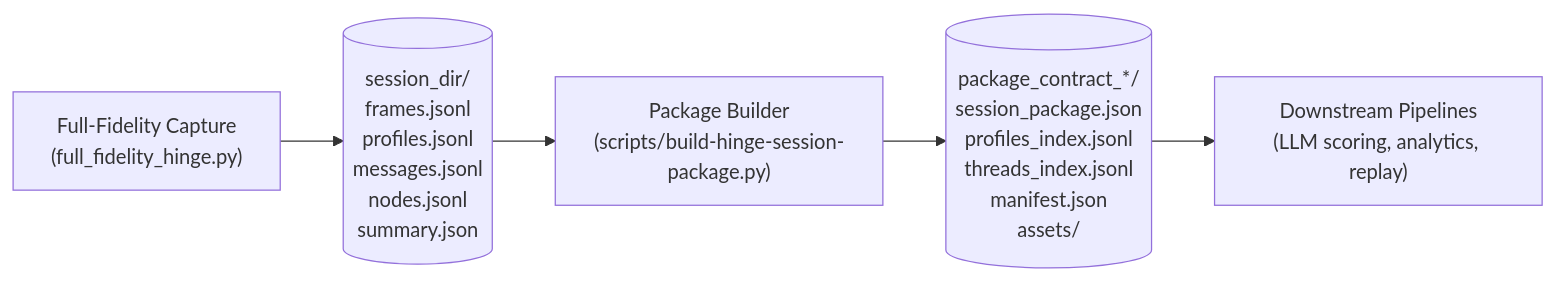
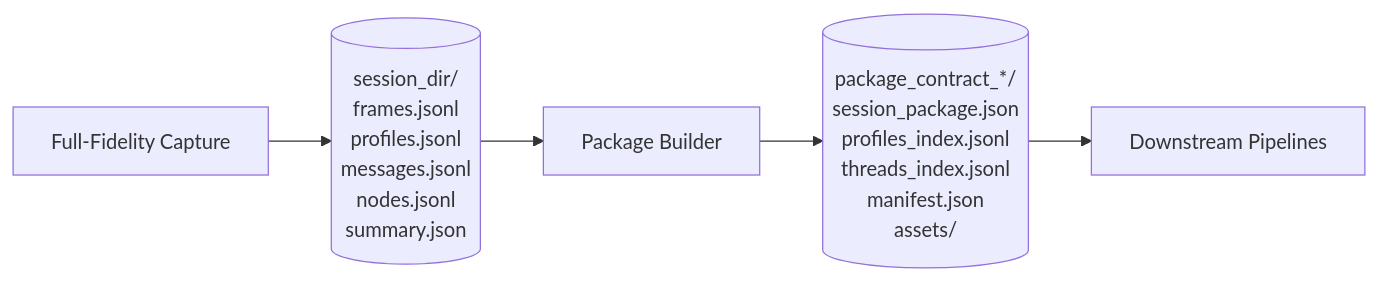
One commit to saulrichardson/dating-agent changed the second of 4 diagrams in README.md. Above: the diagram before and after it, drawn with Mermaid. The commit also changed other lines of this file, not shown here.

Commit message:
docs: improve top-level README flow and hide remaining name text

````diff
--- a/README.md
+++ b/README.md
@@ -71,7 +72,7 @@
 ```mermaid
 flowchart LR
-  Capture["Full-Fidelity Capture\n(full_fidelity_hinge.py)"] --> SessionDir[("session_dir/\nframes.jsonl\nprofiles.jsonl\nmessages.jsonl\nnodes.jsonl\nsummary.json")]
-  SessionDir --> Packager["Package Builder\n(scripts/build-hinge-session-package.py)"]
+  Capture["Full-Fidelity Capture"] --> SessionDir[("session_dir/\nframes.jsonl\nprofiles.jsonl\nmessages.jsonl\nnodes.jsonl\nsummary.json")]
+  SessionDir --> Packager["Package Builder"]
   Packager --> Contract[("package_contract_*/\nsession_package.json\nprofiles_index.jsonl\nthreads_index.jsonl\nmanifest.json\nassets/")]
-  Contract --> Downstream["Downstream Pipelines\n(LLM scoring, analytics, replay)"]
+  Contract --> Downstream["Downstream Pipelines"]
 ```
````
